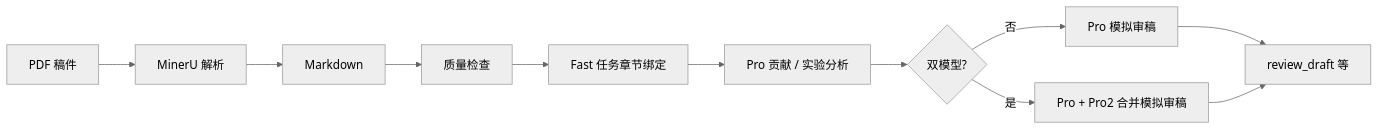
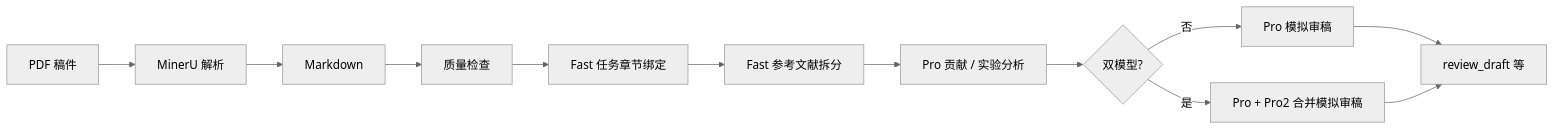
One commit to Benjamin-A-Hammond/Academic-Review-Assistant changed the diagram in README.zh-CN.md. Above: the diagram before and after it, drawn with Mermaid (neutral theme). The commit also changed other lines of this file and 3 other files, not shown here.

````diff
--- a/README.zh-CN.md
+++ b/README.zh-CN.md
@@ -23,13 +23,14 @@
 ```mermaid
 flowchart LR
   PDF[PDF 稿件] --> M[MinerU 解析]
   M --> MD[Markdown]
   MD --> Q[质量检查]
   Q --> F[Fast 任务章节绑定]
-  F --> P[Pro 贡献 / 实验分析]
+  F --> Ref[Fast 参考文献拆分]
+  Ref --> P[Pro 贡献 / 实验分析]
   P --> R{双模型?}
   R -->|否| R1[Pro 模拟审稿]
   R -->|是| R2[Pro + Pro2 合并模拟审稿]
   R1 --> OUT[review_draft 等]
   R2 --> OUT
 ```
````
